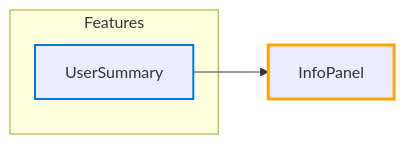
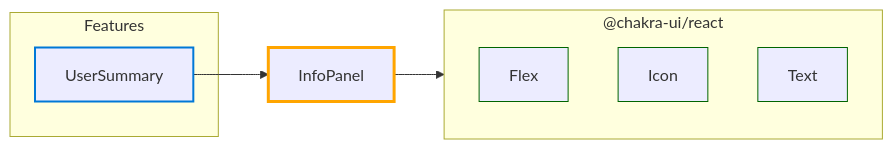
One commit to star4beam/react-package-analyzer changed the diagram in test-project-import-analysis/hubs/InfoPanel.md. Above: the diagram before and after it, drawn with Mermaid. The commit also changed other lines of this file and 5 other files, not shown here.

````diff
--- a/test-project-import-analysis/hubs/InfoPanel.md
+++ b/test-project-import-analysis/hubs/InfoPanel.md
@@ -15,27 +15,38 @@
 ```mermaid
 flowchart LR
     %% Node styles
     classDef feature stroke:#0078d7,stroke-width:2px
     classDef currentHub stroke:#ffa500,stroke-width:3px
     classDef main stroke:#d04a02,stroke-width:2px
     classDef intermediate stroke:#7e6000,stroke-width:2px
     classDef base stroke:#006400,stroke-width:2px
     classDef component stroke:#006400,stroke-width:1px
 
     %% Link styles
     linkStyle default stroke:#333,stroke-width:1px
     %% Use different arrow styles for dependency types
     %% Direct: solid line, Indirect: dashed line, Both: thick solid line
 
     hub_InfoPanel["InfoPanel"]
     class hub_InfoPanel currentHub
 
     %% Features that use this hub (directly or indirectly)
     subgraph Features["Features"]
         feature_UserSummary["UserSummary"]
         class feature_UserSummary feature
     end
 
     feature_UserSummary --> hub_InfoPanel
+    %% Components directly used by this hub
+    subgraph pkg__chakra_ui_react["@chakra-ui/react"]
+        comp__chakra_ui_react_Flex["Flex"]
+        class comp__chakra_ui_react_Flex component
+        comp__chakra_ui_react_Icon["Icon"]
+        class comp__chakra_ui_react_Icon component
+        comp__chakra_ui_react_Text["Text"]
+        class comp__chakra_ui_react_Text component
+    end
+    hub_InfoPanel --> pkg__chakra_ui_react
+
     %% Direct hub-to-hub connections
 ```
````
